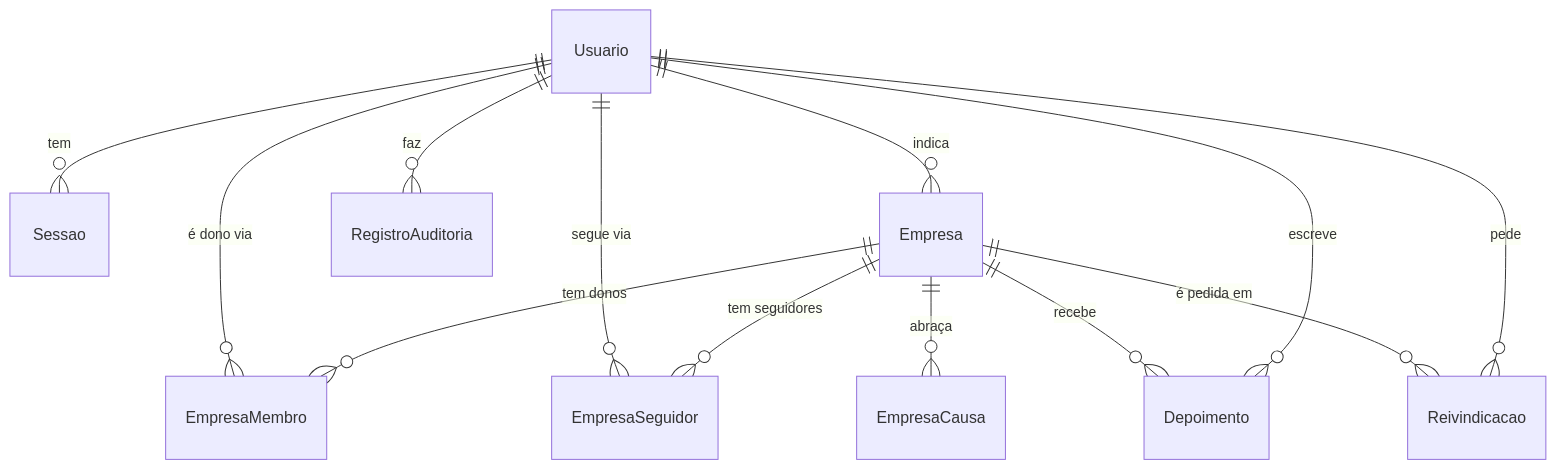
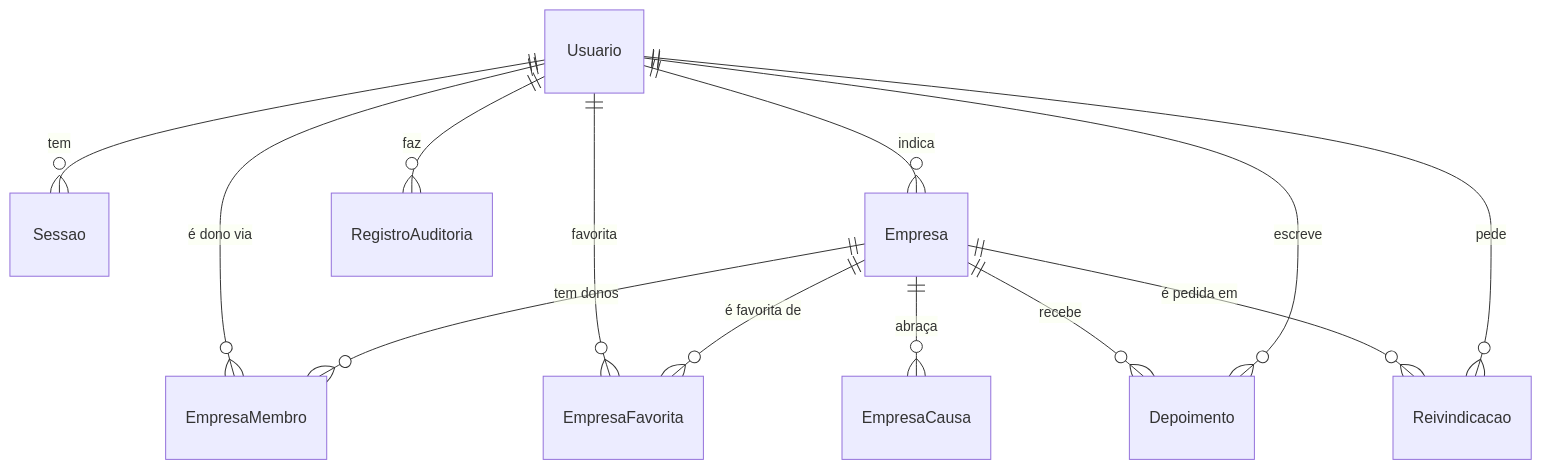
Before and after one commit to fabs-reis/Negocio-do-bem: the second of 2 diagrams in docs/como-foi-feito.md, drawn with Mermaid. The commit also changed other lines of this file and 26 other files, not shown here.

````diff
--- a/docs/como-foi-feito.md
+++ b/docs/como-foi-feito.md
@@ -597,15 +599,15 @@
 ```mermaid
 erDiagram
     Usuario ||--o{ Sessao : "tem"
     Usuario ||--o{ EmpresaMembro : "é dono via"
     Empresa ||--o{ EmpresaMembro : "tem donos"
-    Usuario ||--o{ EmpresaSeguidor : "segue via"
-    Empresa ||--o{ EmpresaSeguidor : "tem seguidores"
+    Usuario ||--o{ EmpresaFavorita : "favorita"
+    Empresa ||--o{ EmpresaFavorita : "é favorita de"
     Empresa ||--o{ EmpresaCausa : "abraça"
     Empresa ||--o{ Depoimento : "recebe"
     Empresa ||--o{ Reivindicacao : "é pedida em"
     Usuario ||--o{ Empresa : "indica"
     Usuario ||--o{ Depoimento : "escreve"
     Usuario ||--o{ Reivindicacao : "pede"
     Usuario ||--o{ RegistroAuditoria : "faz"
 ```
````
